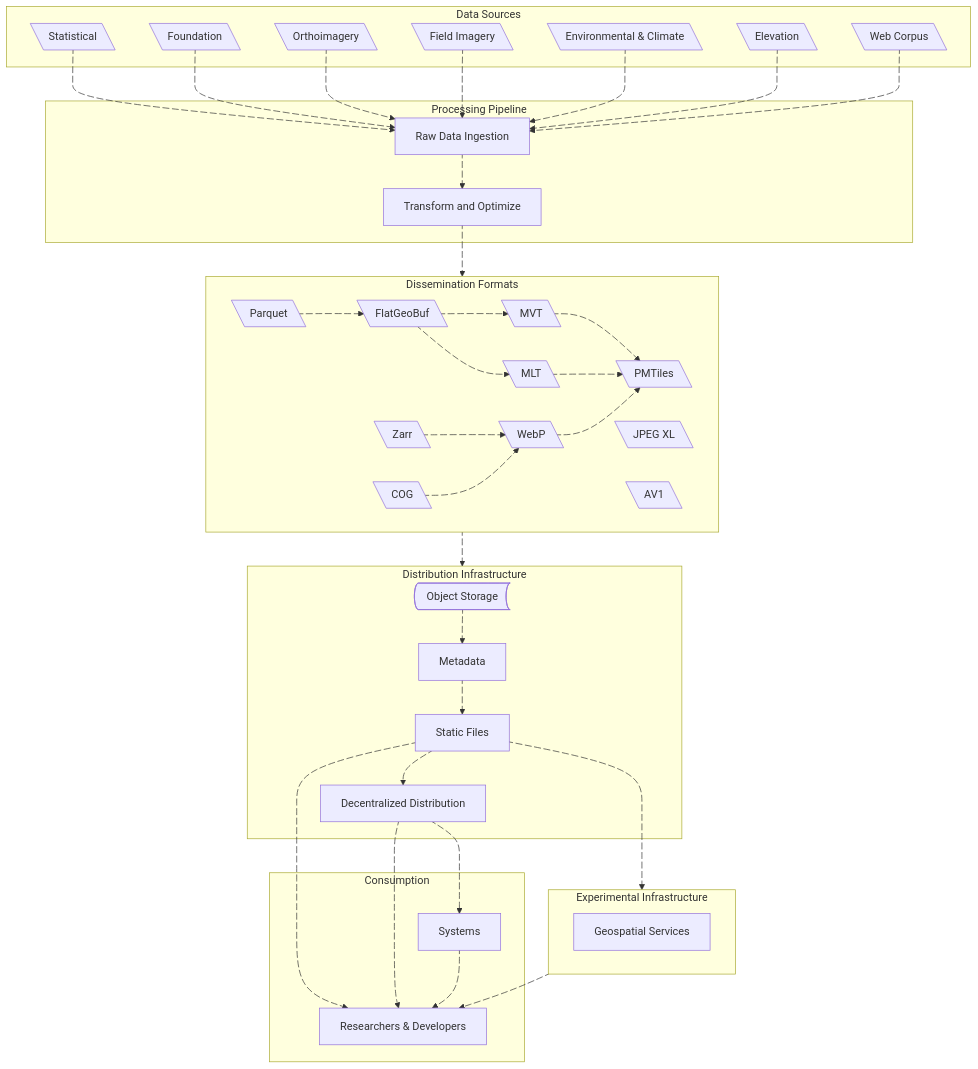
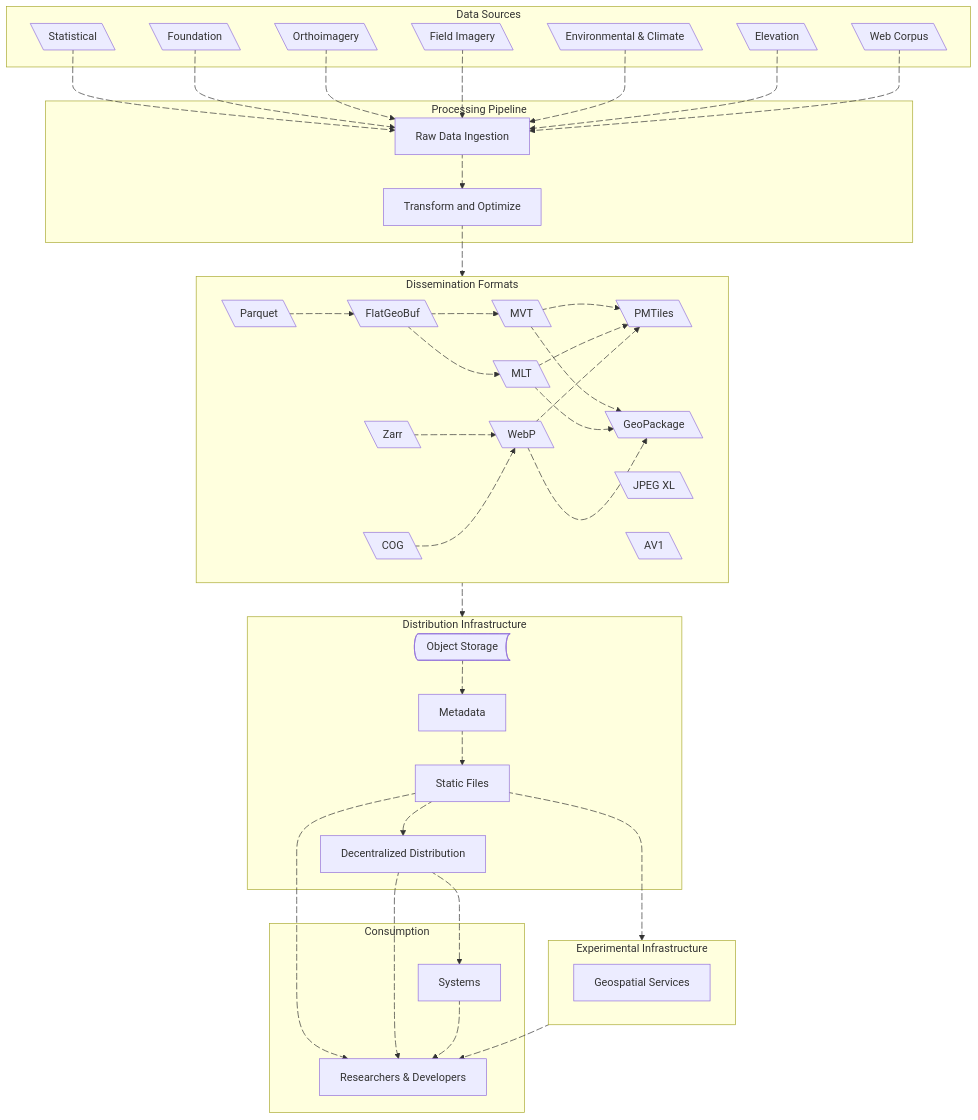
Before and after one commit to dataforcanada/www.dataforcanada.org: the diagram in content/_index.md, drawn with Mermaid.

Commit message:
Add more detail to high-level overview diagram in homepage

```diff
--- a/content/_index.md
+++ b/content/_index.md
@@ -55,6 +55,7 @@
         MVT@{ shape: lean-l}
         MLT@{ shape: lean-l}
         PMTiles@{ shape: lean-l}
+        GeoPackage@{ shape: lean-l}
         COG@{ shape: lean-l}
         Zarr@{ shape: lean-l}
         WebP@{ shape: lean-l}
@@ -111,8 +112,12 @@
     a91@{animate: true, animation: slow}
     MVT a90@ --> PMTiles
     a90@{animate: true, animation: slow}
+    MVT a96@ --> GeoPackage
+    a96@{animate: true, animation: slow}
     MLT a92@ --> PMTiles
     a92@{animate: true, animation: slow}
+    MLT a95@ --> GeoPackage
+    a95@{animate: true, animation: slow}
     Zarr a12@ --> WebP
     a12@{animate: true, animation: slow}
     df a13@ --> di
@@ -121,6 +126,8 @@
     a14@{animate: true, animation: slow}
     WebP a93@--> PMTiles 
     a93@{animate: true, animation: slow}
+    WebP a94@--> GeoPackage
+    a94@{animate: true, animation: slow}
     ObjectStorage a15@--> Metadata
     a15@{animate: true, animation: slow}
     Metadata a16@--> HTTP
@@ -151,6 +158,7 @@
 
     click Parquet "https://github.com/apache/parquet-format/" _blank
     click FlatGeoBuf "https://flatgeobuf.org/" _blank
+    click GeoPackage "https://www.geopackage.org/" _blank
     click MVT "https://github.com/mapbox/vector-tile-spec/" _blank
     click MLT "https://github.com/maplibre/maplibre-tile-spec/" _blank
     click COG "https://cogeo.org/" _blank
```
